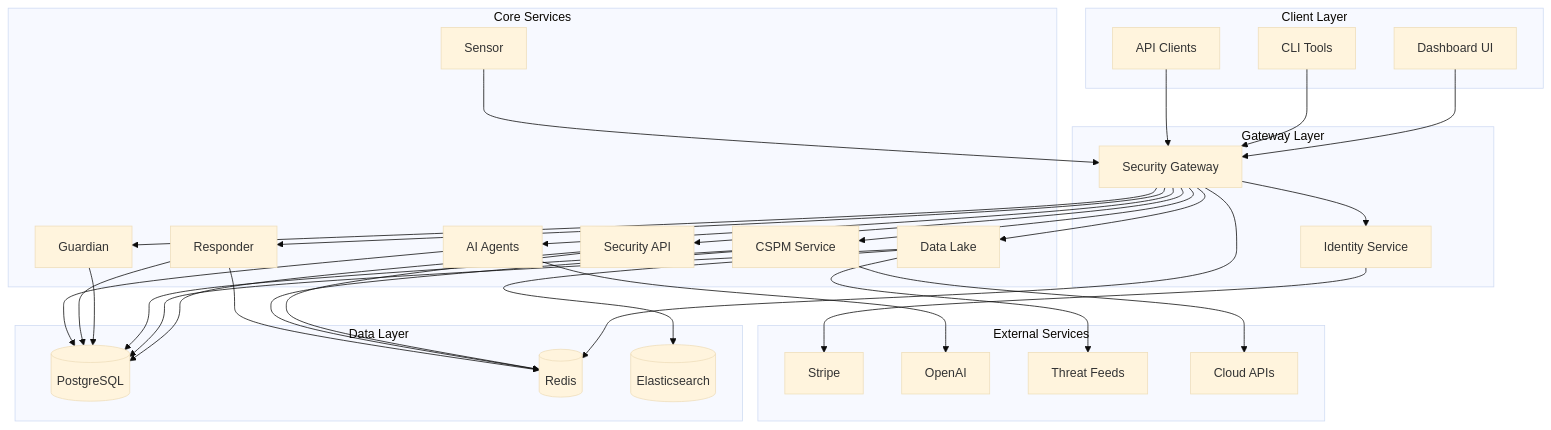
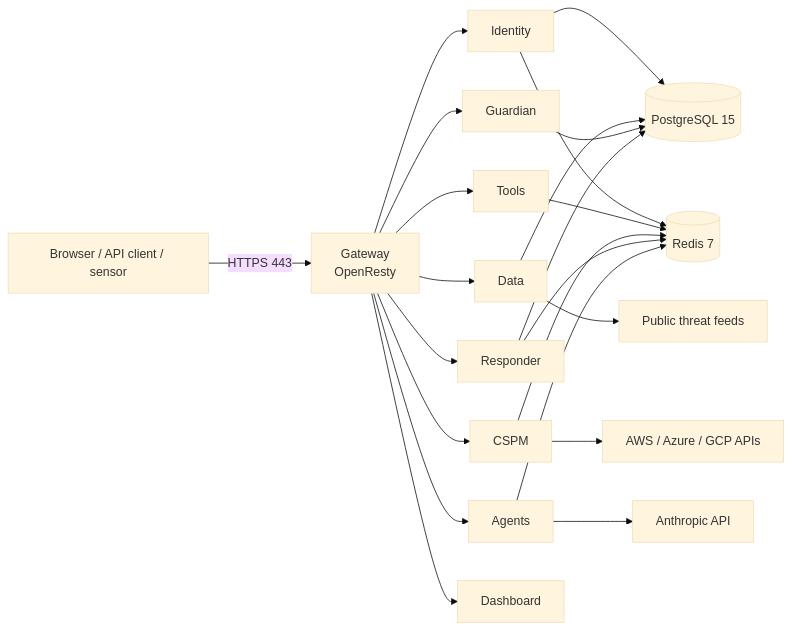
One commit to fabriziosalmi/wildbox changed the diagram in README.md. Above: the diagram before and after it, drawn with Mermaid (base theme). The commit also changed other lines of this file and 1 other file, not shown here.

````diff
--- a/README.md
+++ b/README.md
@@ -62,69 +48,24 @@
 ```mermaid
-graph TD
-    subgraph "Client Layer"
-        UI[Dashboard UI]
-        CLI[CLI Tools]
-        API_CLIENT[API Clients]
-    end
-
-    subgraph "Gateway Layer"
-        GATEWAY[Security Gateway]
-        IDENTITY[Identity Service]
-    end
-
-    subgraph "Core Services"
-        API[Security API]
-        DATA[Data Lake]
-        CSPM[CSPM Service]
-        GUARDIAN[Guardian]
-        RESPONDER[Responder]
-        AGENTS[AI Agents]
-        SENSOR[Sensor]
-    end
-
-    subgraph "Data Layer"
-        POSTGRES[(PostgreSQL)]
-        REDIS[(Redis)]
-        ELASTICSEARCH[(Elasticsearch)]
-    end
-
-    subgraph "External Services"
-        STRIPE[Stripe]
-        OPENAI[OpenAI]
-        FEEDS[Threat Feeds]
-        CLOUD_APIS[Cloud APIs]
-    end
-
-    UI --> GATEWAY
-    CLI --> GATEWAY
-    API_CLIENT --> GATEWAY
-
-    GATEWAY --> IDENTITY
-    GATEWAY --> API
-    GATEWAY --> DATA
-    GATEWAY --> CSPM
-    GATEWAY --> GUARDIAN
-    GATEWAY --> RESPONDER
-    GATEWAY --> AGENTS
-
-    SENSOR --> GATEWAY
-
-    API --> POSTGRES
-    DATA --> POSTGRES
-    CSPM --> POSTGRES
-    GUARDIAN --> POSTGRES
-    RESPONDER --> POSTGRES
-    AGENTS --> POSTGRES
-
-    GATEWAY --> REDIS
-    API --> REDIS
-    CSPM --> REDIS
-    RESPONDER --> REDIS
-
-    DATA --> ELASTICSEARCH
-
-    IDENTITY --> STRIPE
-    AGENTS --> OPENAI
-    DATA --> FEEDS
-    CSPM --> CLOUD_APIS
+flowchart LR
+    client[Browser / API client / sensor] -->|HTTPS 443| gateway[Gateway<br/>OpenResty]
+    gateway --> identity[Identity]
+    gateway --> tools[Tools]
+    gateway --> data[Data]
+    gateway --> cspm[CSPM]
+    gateway --> guardian[Guardian]
+    gateway --> responder[Responder]
+    gateway --> agents[Agents]
+    gateway --> dashboard[Dashboard]
+    identity --> pg[(PostgreSQL 15)]
+    data --> pg
+    guardian --> pg
+    responder --> pg
+    identity --> redis[(Redis 7)]
+    tools --> redis
+    cspm --> redis
+    responder --> redis
+    agents --> redis
+    agents --> claude[Anthropic API]
+    cspm --> clouds[AWS / Azure / GCP APIs]
+    data --> feeds[Public threat feeds]
 ```
````
